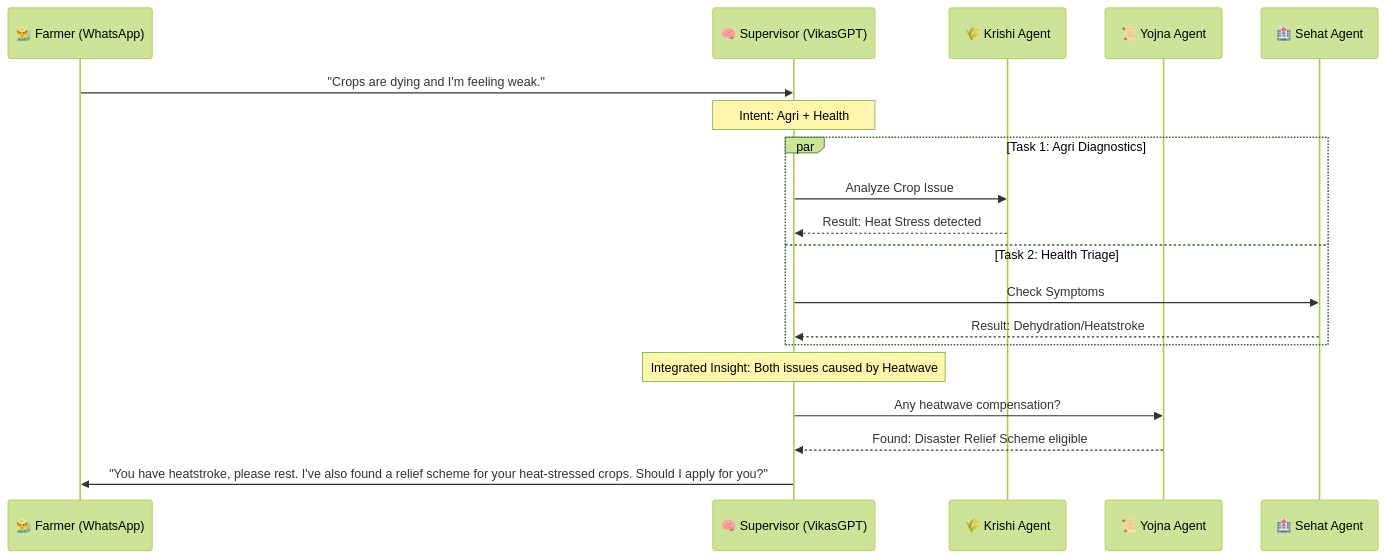
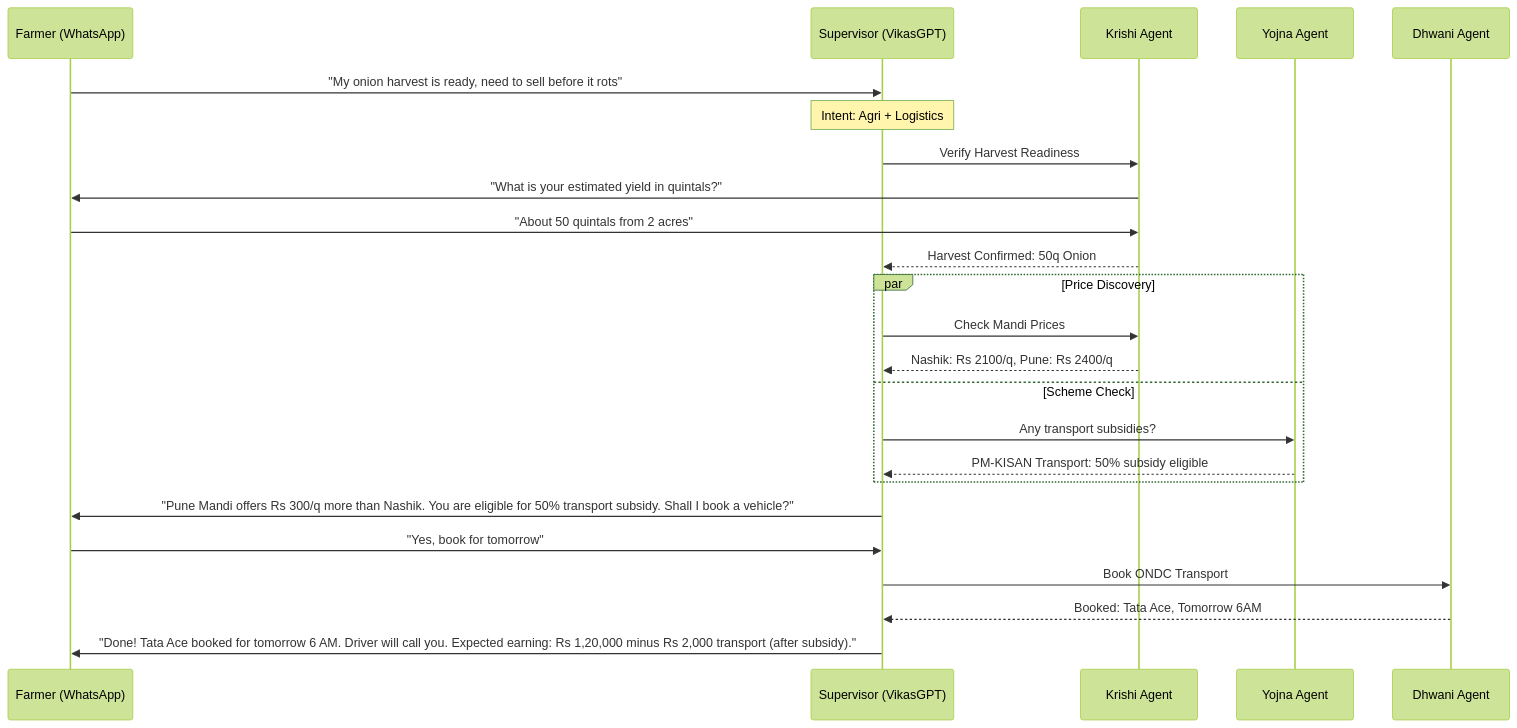
One commit to hdama2992/AI-For-Bharat changed the fourth of 5 diagrams in design.md. Above: the diagram before and after it, drawn with Mermaid. The commit also changed other lines of this file and 2 other files, not shown here.

````diff
--- a/design.md
+++ b/design.md
@@ -61,23 +224,28 @@
 ```mermaid
 %%{init: {'theme': 'forest'}}%%
 sequenceDiagram
-    participant User as 👨‍🌾 Farmer (WhatsApp)
-    participant Super as 🧠 Supervisor (VikasGPT)
-    participant Krishi as 🌾 Krishi Agent
-    participant Yojna as 📜 Yojna Agent
-    participant Sehat as 🏥 Sehat Agent
+    participant User as Farmer (WhatsApp)
+    participant Super as Supervisor (VikasGPT)
+    participant Krishi as Krishi Agent
+    participant Yojna as Yojna Agent
+    participant Dhwani as Dhwani Agent
 
-    User->>Super: "Crops are dying and I'm feeling weak."
-    Note over Super: Intent: Agri + Health
-    par Task 1: Agri Diagnostics
-        Super->>Krishi: Analyze Crop Issue
-        Krishi-->>Super: Result: Heat Stress detected
-    and Task 2: Health Triage
-        Super->>Sehat: Check Symptoms
-        Sehat-->>Super: Result: Dehydration/Heatstroke
+    User->>Super: "My onion harvest is ready, need to sell before it rots"
+    Note over Super: Intent: Agri + Logistics
+    Super->>Krishi: Verify Harvest Readiness
+    Krishi->>User: "What is your estimated yield in quintals?"
+    User->>Krishi: "About 50 quintals from 2 acres"
+    Krishi-->>Super: Harvest Confirmed: 50q Onion
+    par Price Discovery
+        Super->>Krishi: Check Mandi Prices
+        Krishi-->>Super: Nashik: Rs 2100/q, Pune: Rs 2400/q
+    and Scheme Check
+        Super->>Yojna: Any transport subsidies?
+        Yojna-->>Super: PM-KISAN Transport: 50% subsidy eligible
     end
-    Note over Super: Integrated Insight: Both issues caused by Heatwave
-    Super->>Yojna: Any heatwave compensation?
-    Yojna-->>Super: Found: Disaster Relief Scheme eligible
-    Super->>User: "You have heatstroke, please rest. I've also found a relief scheme for your heat-stressed crops. Should I apply for you?"
+    Super->>User: "Pune Mandi offers Rs 300/q more than Nashik. You are eligible for 50% transport subsidy. Shall I book a vehicle?"
+    User->>Super: "Yes, book for tomorrow"
+    Super->>Dhwani: Book ONDC Transport
+    Dhwani-->>Super: Booked: Tata Ace, Tomorrow 6AM
+    Super->>User: "Done! Tata Ace booked for tomorrow 6 AM. Driver will call you. Expected earning: Rs 1,20,000 minus Rs 2,000 transport (after subsidy)."
 ```
````
